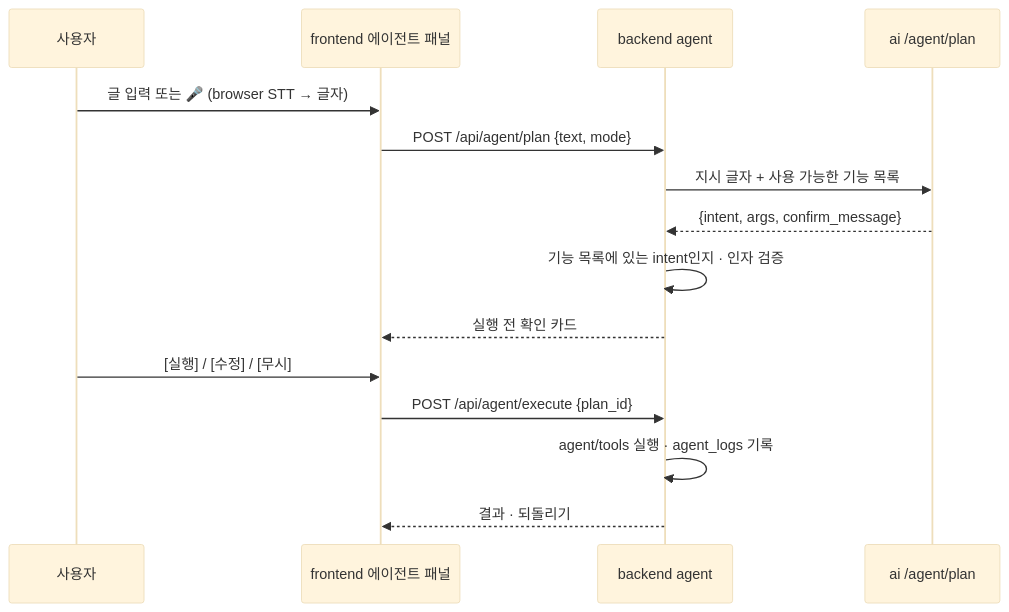
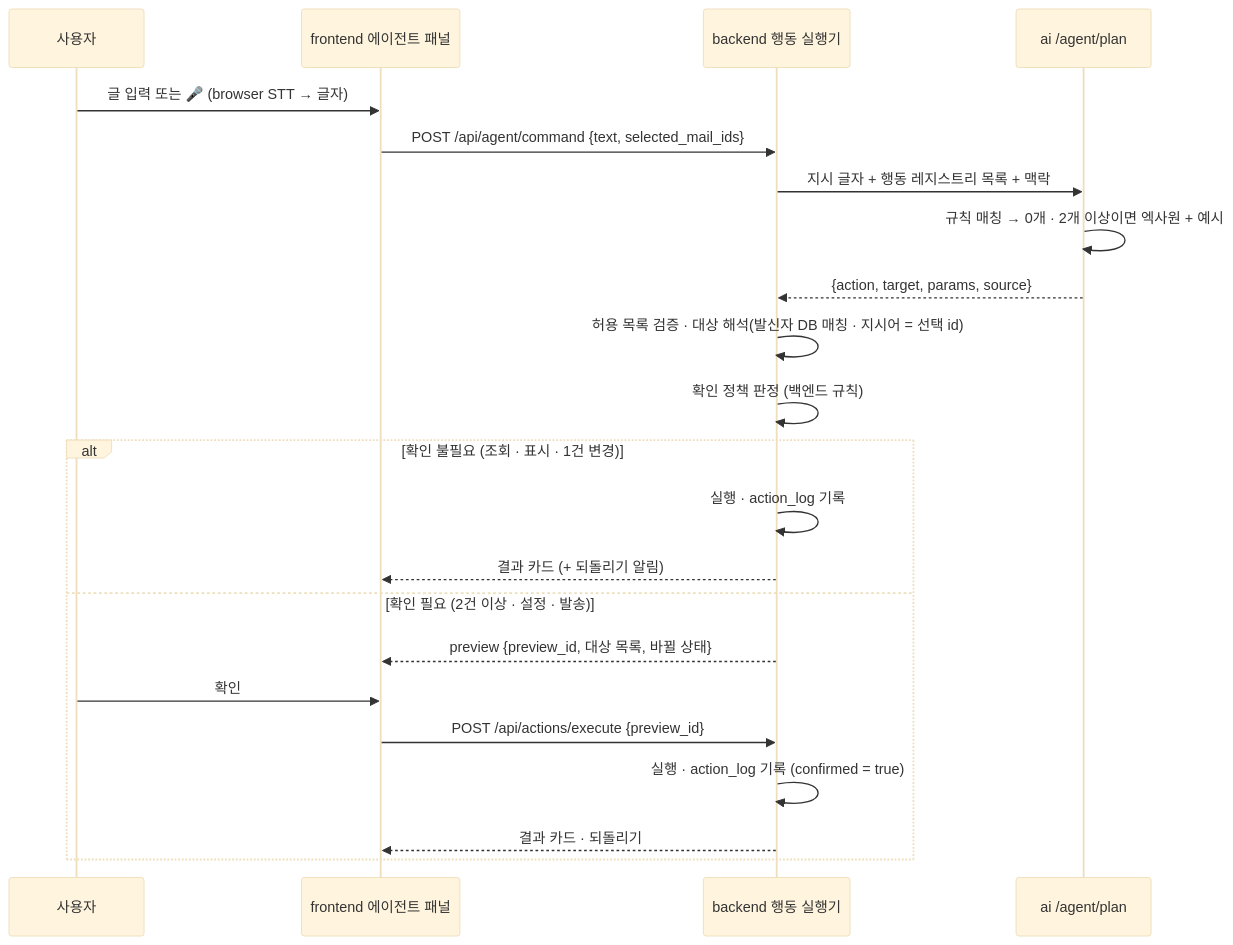
Before and after one commit to dlwodns/Teamproject_6: the fifth of 5 diagrams in docs/00_common/architecture.md, drawn with Mermaid (base theme). The commit also changed other lines of this file and 4 other files, not shown here.

Commit message:
docs: PL-1 PRD v3.1 · 구조도 v3.1 · handoff 갱신, 서비스 경로 외부 LLM 설정 제거

````diff
--- a/docs/00_common/architecture.md
+++ b/docs/00_common/architecture.md
@@ -195,17 +228,24 @@
 ```mermaid
 sequenceDiagram
   participant U as 사용자
   participant F as frontend 에이전트 패널
-  participant B as backend agent
+  participant B as backend 행동 실행기
   participant A as ai /agent/plan
   U->>F: 글 입력 또는 🎤 (browser STT → 글자)
-  F->>B: POST /api/agent/plan {text, mode}
-  B->>A: 지시 글자 + 사용 가능한 기능 목록
-  A-->>B: {intent, args, confirm_message}
-  B->>B: 기능 목록에 있는 intent인지 · 인자 검증
-  B-->>F: 실행 전 확인 카드
-  U->>F: [실행] / [수정] / [무시]
-  F->>B: POST /api/agent/execute {plan_id}
-  B->>B: agent/tools 실행 · agent_logs 기록
-  B-->>F: 결과 · 되돌리기
+  F->>B: POST /api/agent/command {text, selected_mail_ids}
+  B->>A: 지시 글자 + 행동 레지스트리 목록 + 맥락
+  A->>A: 규칙 매칭 → 0개 · 2개 이상이면 엑사원 + 예시
+  A-->>B: {action, target, params, source}
+  B->>B: 허용 목록 검증 · 대상 해석(발신자 DB 매칭 · 지시어 = 선택 id)
+  B->>B: 확인 정책 판정 (백엔드 규칙)
+  alt 확인 불필요 (조회 · 표시 · 1건 변경)
+    B->>B: 실행 · action_log 기록
+    B-->>F: 결과 카드 (+ 되돌리기 알림)
+  else 확인 필요 (2건 이상 · 설정 · 발송)
+    B-->>F: preview {preview_id, 대상 목록, 바뀔 상태}
+    U->>F: 확인
+    F->>B: POST /api/actions/execute {preview_id}
+    B->>B: 실행 · action_log 기록 (confirmed = true)
+    B-->>F: 결과 카드 · 되돌리기
+  end
 ```
````
